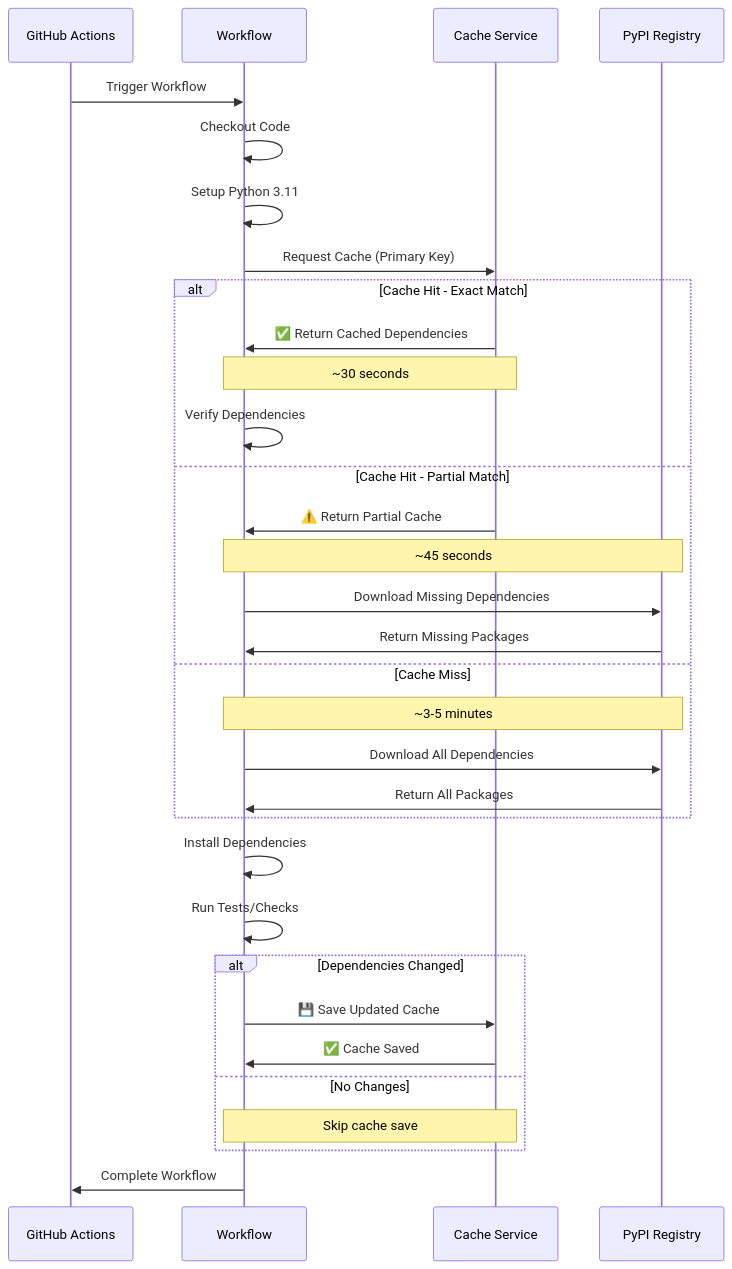
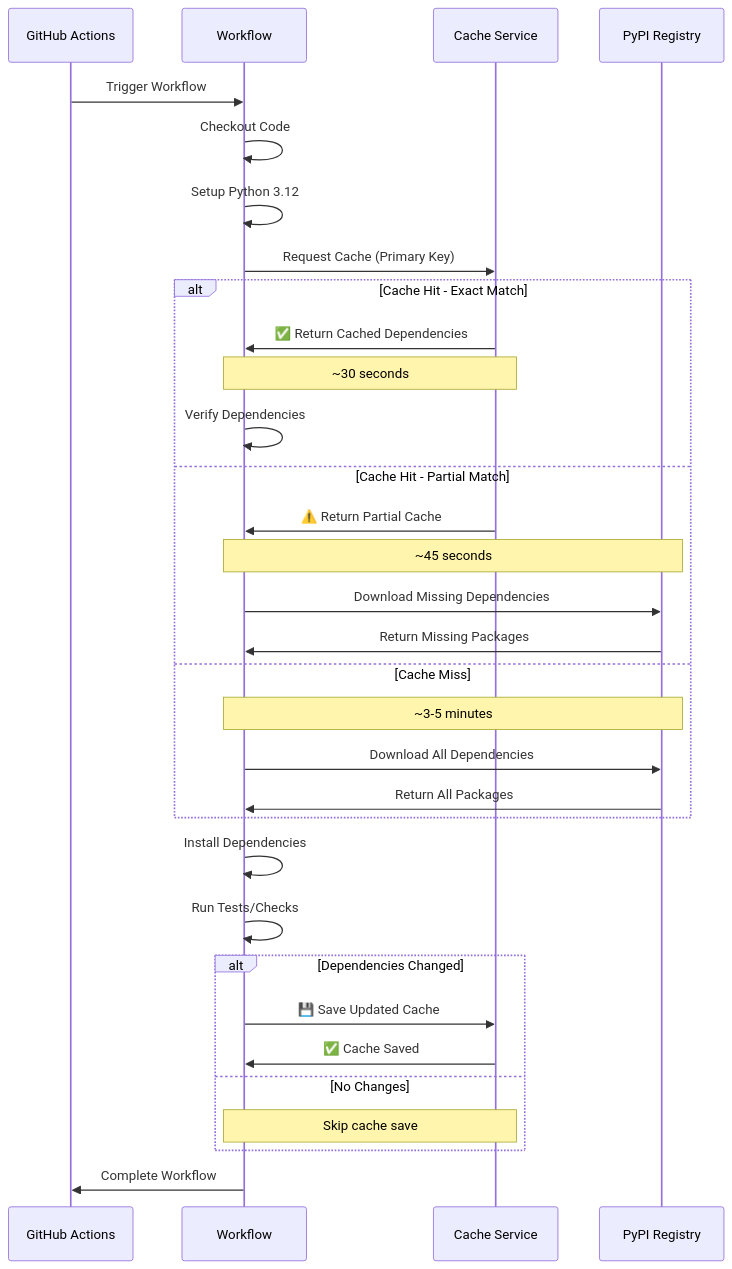
One commit to Aries-Serpent/_codex_ changed the seventh of 11 diagrams in .github/workflows/CACHE_WORKFLOW_DIAGRAMS.md. Above: the diagram before and after it, drawn with Mermaid. The commit also changed 135 other files, not shown here.

````diff
--- a/.github/workflows/CACHE_WORKFLOW_DIAGRAMS.md
+++ b/.github/workflows/CACHE_WORKFLOW_DIAGRAMS.md
@@ -233,40 +233,40 @@
 ```mermaid
 sequenceDiagram
     participant GH as GitHub Actions
     participant WF as Workflow
     participant Cache as Cache Service
     participant PyPI as PyPI Registry
     
     GH->>WF: Trigger Workflow
     WF->>WF: Checkout Code
-    WF->>WF: Setup Python 3.11
+    WF->>WF: Setup Python 3.12
     
     WF->>Cache: Request Cache (Primary Key)
     
     alt Cache Hit - Exact Match
         Cache->>WF: ✅ Return Cached Dependencies
         Note over WF,Cache: ~30 seconds
         WF->>WF: Verify Dependencies
     else Cache Hit - Partial Match
         Cache->>WF: ⚠️ Return Partial Cache
         Note over WF,PyPI: ~45 seconds
         WF->>PyPI: Download Missing Dependencies
         PyPI->>WF: Return Missing Packages
     else Cache Miss
         Note over WF,PyPI: ~3-5 minutes
         WF->>PyPI: Download All Dependencies
         PyPI->>WF: Return All Packages
     end
     
     WF->>WF: Install Dependencies
     WF->>WF: Run Tests/Checks
     
     alt Dependencies Changed
         WF->>Cache: 💾 Save Updated Cache
         Cache->>WF: ✅ Cache Saved
     else No Changes
         Note over WF,Cache: Skip cache save
     end
     
     WF->>GH: Complete Workflow
 ```
````
